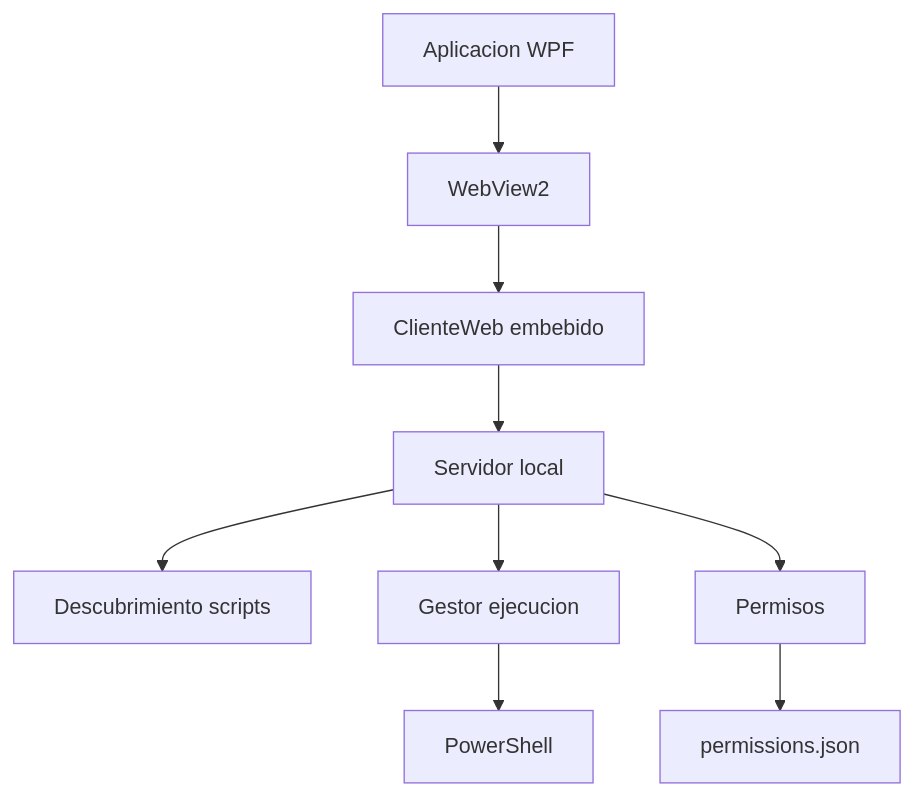
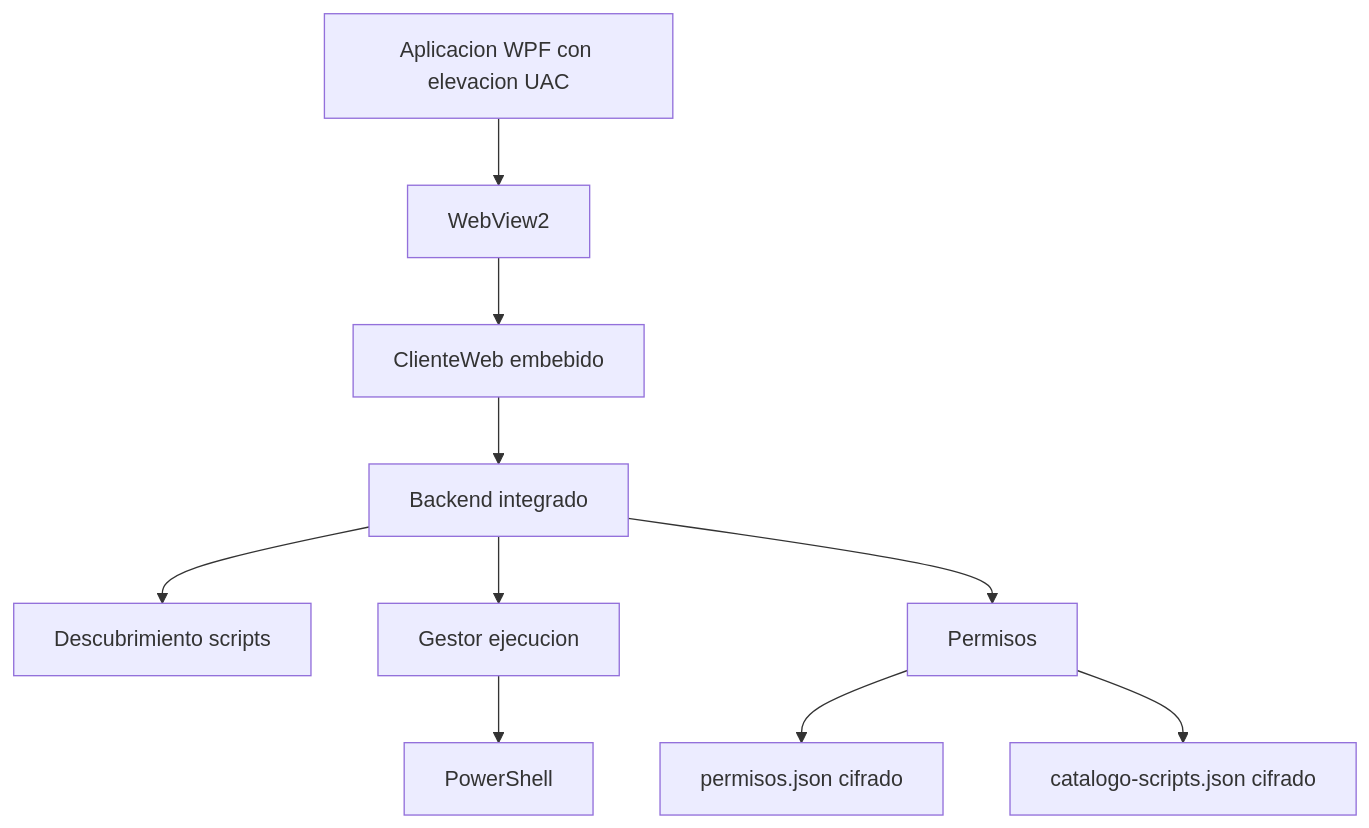
Before and after one commit to Eliminator-CRAK/Lanzador-de-scrips: the diagram in README.md, drawn with Mermaid. The commit also changed other lines of this file and 40 other files, not shown here.

Commit message:
Embed portable WebView2 runtime

````diff
--- a/README.md
+++ b/README.md
@@ -14,11 +14,12 @@
 ```mermaid
 flowchart TD
-    A[Aplicacion WPF] --> B[WebView2]
+    A[Aplicacion WPF con elevacion UAC] --> B[WebView2]
     B --> C[ClienteWeb embebido]
-    C --> D[Servidor local]
+    C --> D[Backend integrado]
     D --> E[Descubrimiento scripts]
     D --> F[Gestor ejecucion]
     D --> G[Permisos]
     F --> H[PowerShell]
-    G --> I[permissions.json]
+    G --> I[permisos.json cifrado]
+    G --> J[catalogo-scripts.json cifrado]
 ```
````
